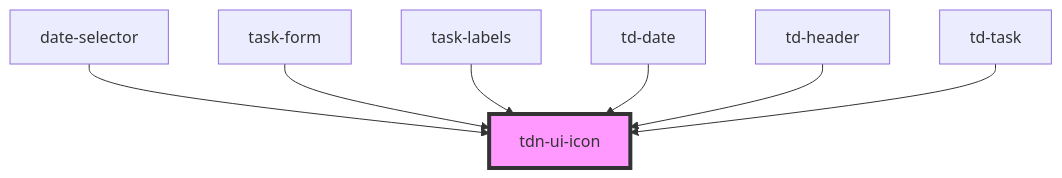
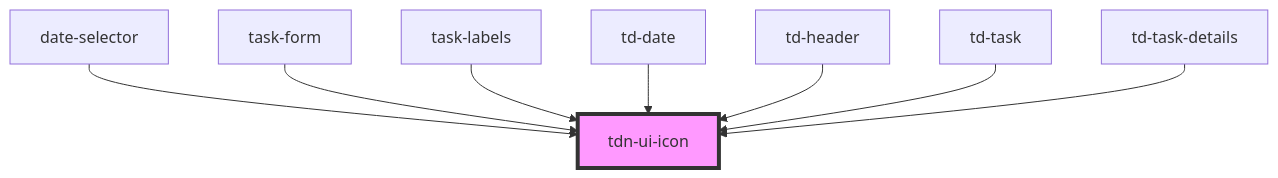
The diagram in libs/ui/src/components/design-system/icon/readme.md (ajarana/to-done), drawn with Mermaid before and after one commit. The commit also changed other lines of this file and 63 other files, not shown here.

Commit message:
Task details page; edit task page; mark complete; styling updates

````diff
--- a/libs/ui/src/components/design-system/icon/readme.md
+++ b/libs/ui/src/components/design-system/icon/readme.md
@@ -31,10 +32,11 @@
 ```mermaid
 graph TD;
   date-selector --> tdn-ui-icon
   task-form --> tdn-ui-icon
   task-labels --> tdn-ui-icon
   td-date --> tdn-ui-icon
   td-header --> tdn-ui-icon
   td-task --> tdn-ui-icon
+  td-task-details --> tdn-ui-icon
   style tdn-ui-icon fill:#f9f,stroke:#333,stroke-width:4px
 ```
````
